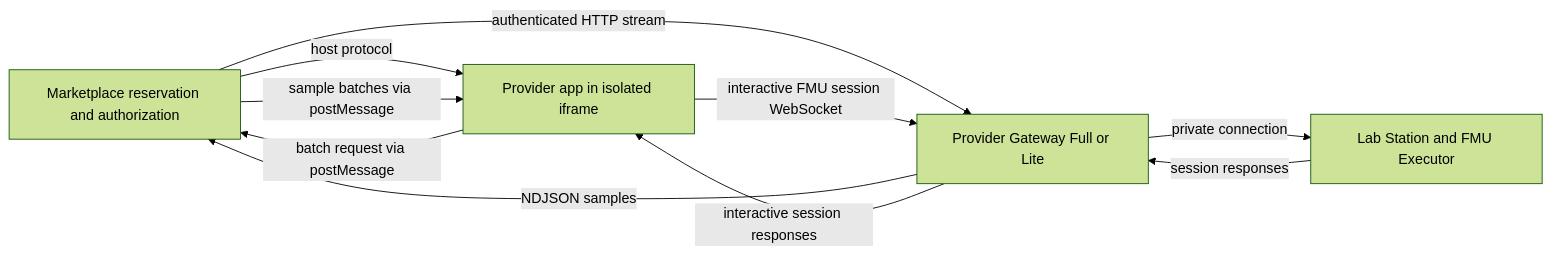
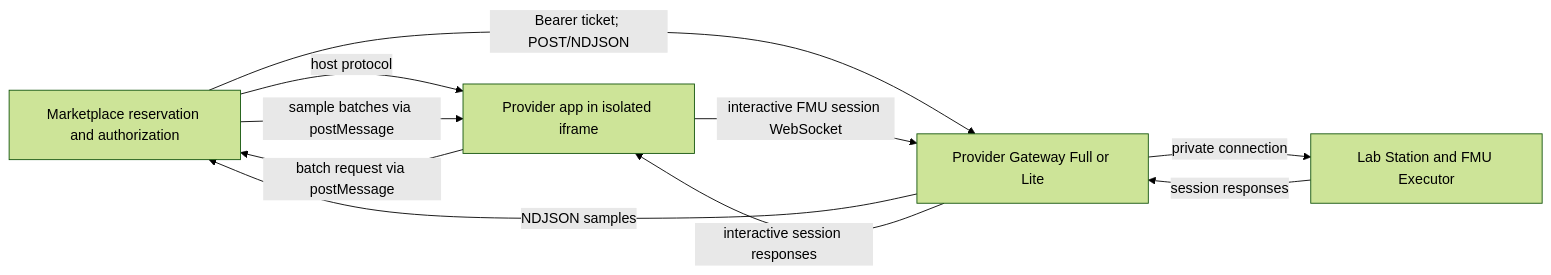
The first of 2 diagrams in docs/provider/digital-twin-threejs-app-contract.md (DecentraLabsCom/Marketplace), drawn with Mermaid (forest theme) before and after one commit. The commit also changed other lines of this file and 9 other files, not shown here.

Commit message:
feat(simulation): stream batch runs directly to gateway

````diff
--- a/docs/provider/digital-twin-threejs-app-contract.md
+++ b/docs/provider/digital-twin-threejs-app-contract.md
@@ -9,12 +10,12 @@
 ```mermaid
 flowchart LR
   Marketplace[Marketplace reservation and authorization] -->|host protocol| App[Provider app in isolated iframe]
   App -->|batch request via postMessage| Marketplace
-  Marketplace -->|authenticated HTTP stream| Gateway[Provider Gateway Full or Lite]
+  Marketplace -->|Bearer ticket; POST/NDJSON| Gateway[Provider Gateway Full or Lite]
   Gateway -->|NDJSON samples| Marketplace
   Marketplace -->|sample batches via postMessage| App
   App -->|interactive FMU session WebSocket| Gateway
   Gateway -->|interactive session responses| App
   Gateway -->|private connection| Station[Lab Station and FMU Executor]
   Station -->|session responses| Gateway
 ```
````
